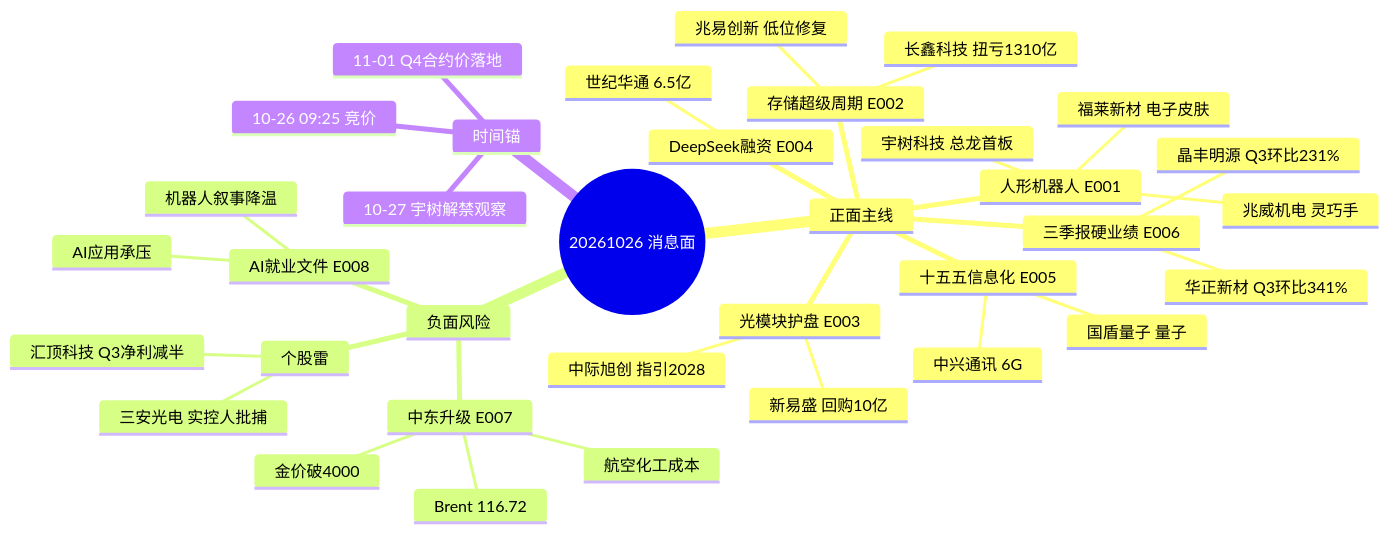
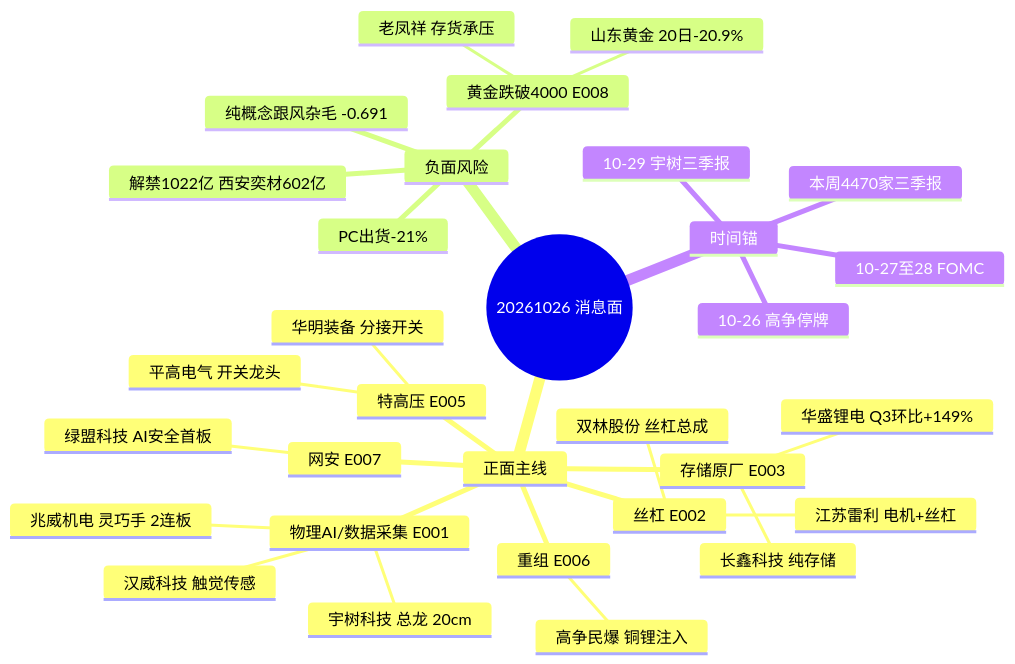
The diagram in content/投研交易/消息面/20261026.md (hesherchen-sketch/ray1992chzl), drawn with Mermaid before and after one commit. The commit also changed other lines of this file and 16 other files, not shown here.

````diff
--- a/content/投研交易/消息面/20261026.md
+++ b/content/投研交易/消息面/20261026.md
@@ -69,38 +82,34 @@
 ```mermaid
 mindmap
   root((20261026 消息面))
     正面主线
-      人形机器人 E001
-        宇树科技 总龙首板
-        兆威机电 灵巧手
-        福莱新材 电子皮肤
-      存储超级周期 E002
-        长鑫科技 扭亏1310亿
-        兆易创新 低位修复
-      三季报硬业绩 E006
-        华正新材 Q3环比341%
-        晶丰明源 Q3环比231%
-      光模块护盘 E003
-        中际旭创 指引2028
-        新易盛 回购10亿
-      DeepSeek融资 E004
-        世纪华通 6.5亿
-      十五五信息化 E005
-        中兴通讯 6G
-        国盾量子 量子
+      物理AI/数据采集 E001
+        宇树科技 总龙 20cm
+        汉威科技 触觉传感
+        兆威机电 灵巧手 2连板
+      丝杠 E002
+        双林股份 丝杠总成
+        江苏雷利 电机+丝杠
+      存储原厂 E003
+        长鑫科技 纯存储
+        华盛锂电 Q3环比+149%
+      特高压 E005
+        平高电气 开关龙头
+        华明装备 分接开关
+      网安 E007
+        绿盟科技 AI安全首板
+      重组 E006
+        高争民爆 铜锂注入
     负面风险
-      中东升级 E007
-        Brent 116.72
-        金价破4000
-        航空化工成本
-      AI就业文件 E008
-        AI应用承压
-        机器人叙事降温
-      个股雷
-        三安光电 实控人批捕
-        汇顶科技 Q3净利减半
+      黄金跌破4000 E008
+        山东黄金 20日-20.9%
+        老凤祥 存货承压
+      PC出货-21%
+      解禁1022亿 西安奕材602亿
+      纯概念跟风杂毛 -0.691
     时间锚
-      10-26 09:25 竞价
-      10-27 宇树解禁观察
-      11-01 Q4合约价落地
+      10-27至28 FOMC
+      10-29 宇树三季报
+      本周4470家三季报
+      10-26 高争停牌
 ```
````
